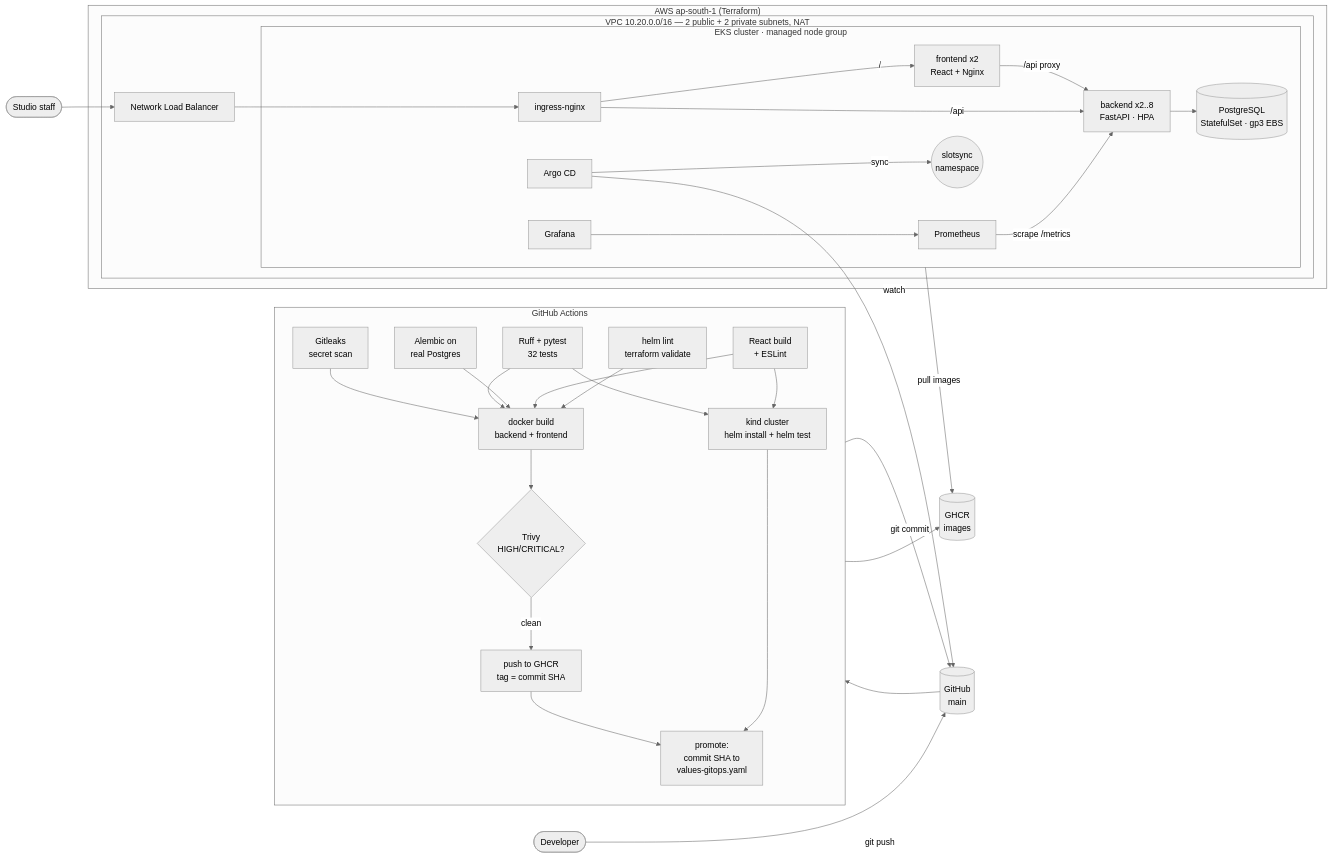
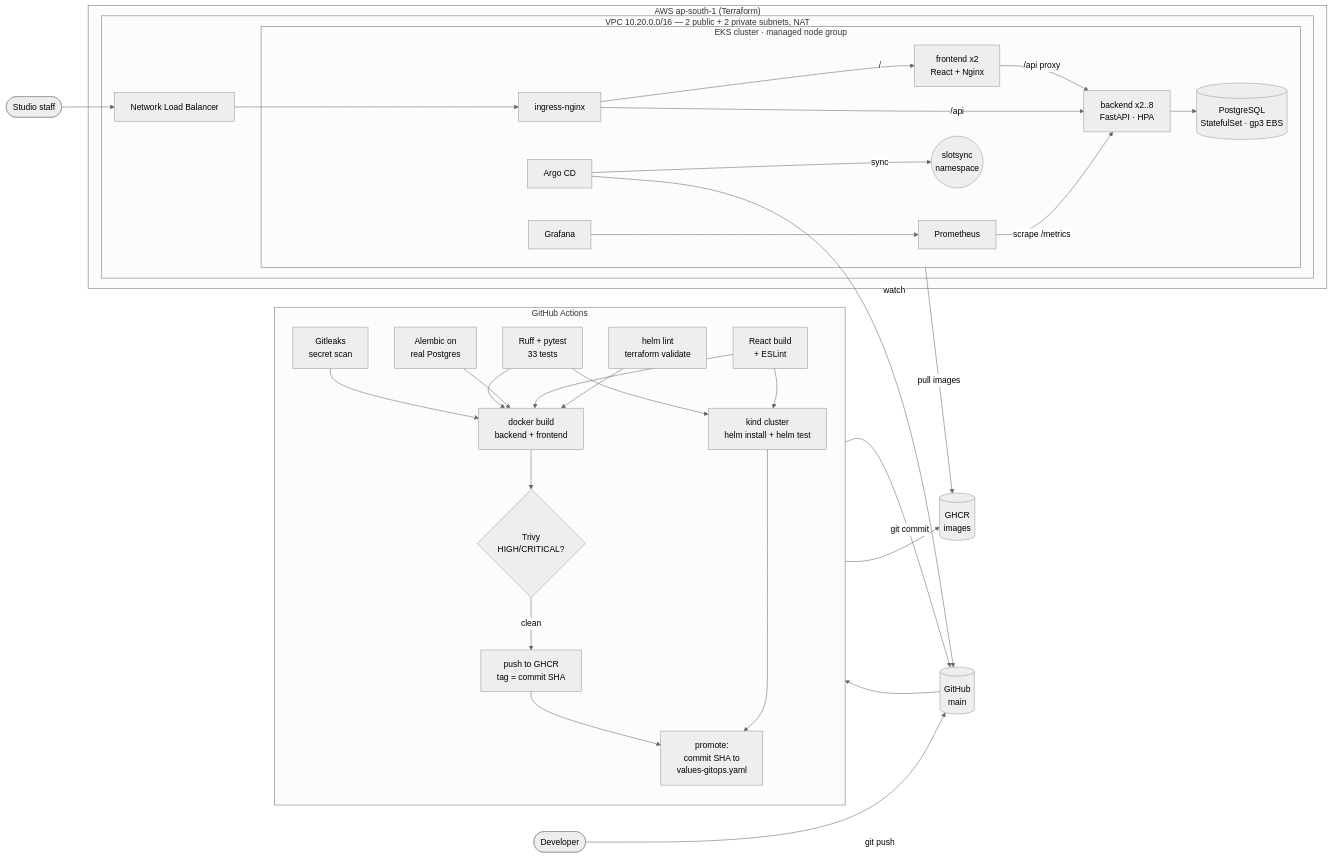
One commit to anushkabhansalii/apoointment-booking-devops-project changed the diagram in README.md. Above: the diagram before and after it, drawn with Mermaid (neutral theme). The commit also changed other lines of this file, not shown here.

Commit message:
Document the EKS demo: load balancer workaround for new accounts, Helm release, /api/version

````diff
--- a/README.md
+++ b/README.md
@@ -46,38 +46,38 @@
 ```mermaid
 flowchart LR
     dev([Developer]) -->|git push| gh[(GitHub<br/>main)]
 
     subgraph CI["GitHub Actions"]
       direction TB
-      t1[Gitleaks<br/>secret scan] & t2[Ruff + pytest<br/>32 tests] & t3[Alembic on<br/>real Postgres] & t4[React build<br/>+ ESLint] & t5[helm lint<br/>terraform validate]
+      t1[Gitleaks<br/>secret scan] & t2[Ruff + pytest<br/>33 tests] & t3[Alembic on<br/>real Postgres] & t4[React build<br/>+ ESLint] & t5[helm lint<br/>terraform validate]
       t1 & t2 & t3 & t4 & t5 --> b[docker build<br/>backend + frontend]
       b --> s{Trivy<br/>HIGH/CRITICAL?}
       s -- clean --> p[push to GHCR<br/>tag = commit SHA]
       t2 & t4 --> k[kind cluster<br/>helm install + helm test]
       p & k --> pr[promote:<br/>commit SHA to<br/>values-gitops.yaml]
     end
 
     gh --> CI
     pr -->|git commit| gh
     p --> ghcr[(GHCR<br/>images)]
 
     subgraph AWS["AWS ap-south-1 (Terraform)"]
       subgraph VPC["VPC 10.20.0.0/16 — 2 public + 2 private subnets, NAT"]
         nlb[Network Load Balancer] --> ing
         subgraph EKS["EKS cluster · managed node group"]
           argo[Argo CD] -->|sync| app
           ing[ingress-nginx] -->|/| fe[frontend x2<br/>React + Nginx]
           ing -->|/api| be[backend x2..8<br/>FastAPI · HPA]
           fe -->|/api proxy| be
           be --> pg[(PostgreSQL<br/>StatefulSet · gp3 EBS)]
           prom[Prometheus] -->|scrape /metrics| be
           graf[Grafana] --> prom
           app((slotsync<br/>namespace))
         end
       end
     end
 
     argo -->|watch| gh
     EKS -->|pull images| ghcr
     user([Studio staff]) --> nlb
 ```
````
